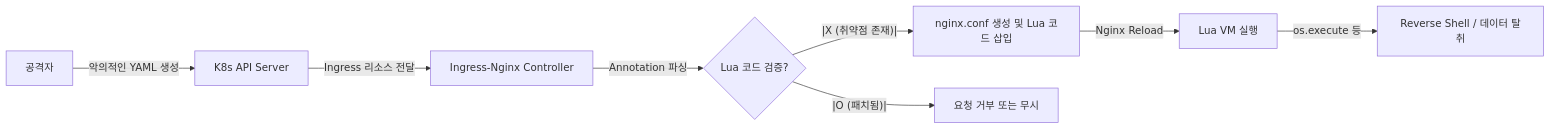
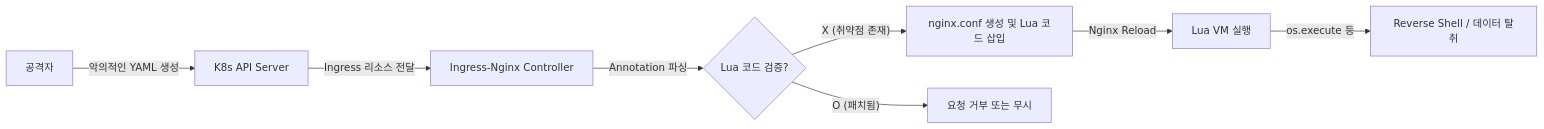
The diagram in content/post/보안/Ingress-Nginx-RCE-쿠버네티스-원격-코드-실행-취약점-분석/index.md (rebugui/rebugui.github.io), drawn with Mermaid before and after one commit. The commit also changed 430 other files, not shown here.

Commit message:
fix: 표 깨짐 424글 복구(Notion 왕복 collapse) + mermaid 문법오류 7건 교정(괄호 라벨 따옴표·기형 엣지·placeholder 제거)

````diff
--- a/content/post/보안/Ingress-Nginx-RCE-쿠버네티스-원격-코드-실행-취약점-분석/index.md
+++ b/content/post/보안/Ingress-Nginx-RCE-쿠버네티스-원격-코드-실행-취약점-분석/index.md
@@ -33,10 +33,10 @@
 ```mermaid
 graph LR
     A[공격자] -->|악의적인 YAML 생성| B[K8s API Server]
     B -->|Ingress 리소스 전달| C[Ingress-Nginx Controller]
     C -->|Annotation 파싱| D{Lua 코드 검증?}
-    D --|X (취약점 존재)|--> E[nginx.conf 생성 및 Lua 코드 삽입]
+    D -->|"X (취약점 존재)"| E[nginx.conf 생성 및 Lua 코드 삽입]
     E -->|Nginx Reload| F[Lua VM 실행]
     F -->|os.execute 등| G[Reverse Shell / 데이터 탈취]
-    D --|O (패치됨)|--> H[요청 거부 또는 무시]
+    D -->|"O (패치됨)"| H[요청 거부 또는 무시]
 ```
````
